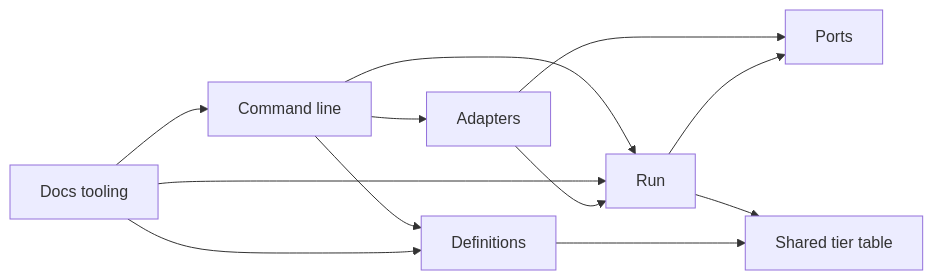
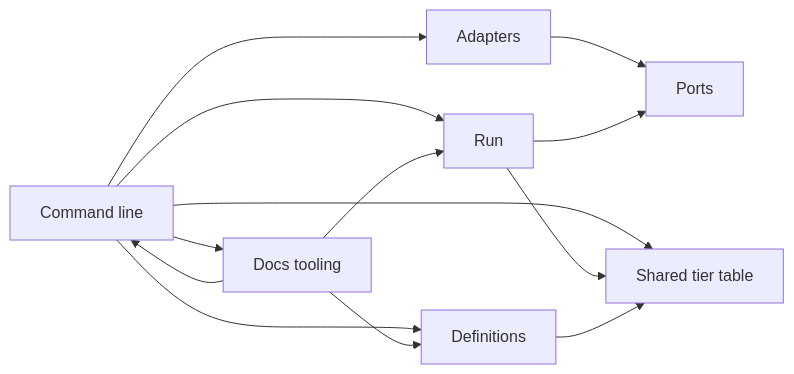
Before and after one commit to AlexanderNZ/delegate: the diagram in docs/reference/layout.md, drawn with Mermaid. The commit also changed 4 other files, not shown here.

Commit message:
docs: link the shape page in the README map and the overview, and correct the layout diagram and the test claim (#54, fix-up)

````diff
--- a/docs/reference/layout.md
+++ b/docs/reference/layout.md
@@ -43,14 +43,15 @@
 ```mermaid
 flowchart LR
   cli[Command line] --> run[Run]
   cli --> definitions[Definitions]
   cli --> adapters
+  cli --> docs
+  cli --> shared
   docs[Docs tooling] --> run
   docs --> definitions
   docs --> cli
   adapters[Adapters] --> ports[Ports]
   run --> ports
-  adapters --> run
   run --> shared[Shared tier table]
   definitions --> shared
 ```
````
